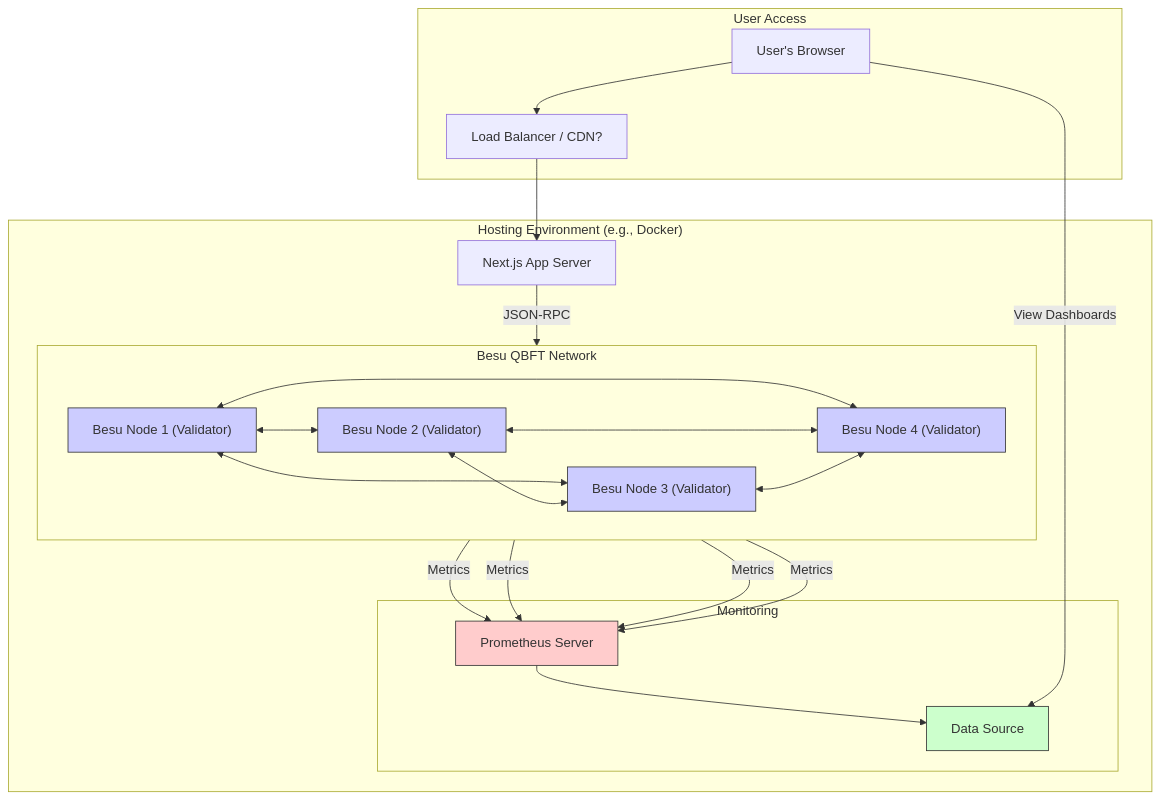
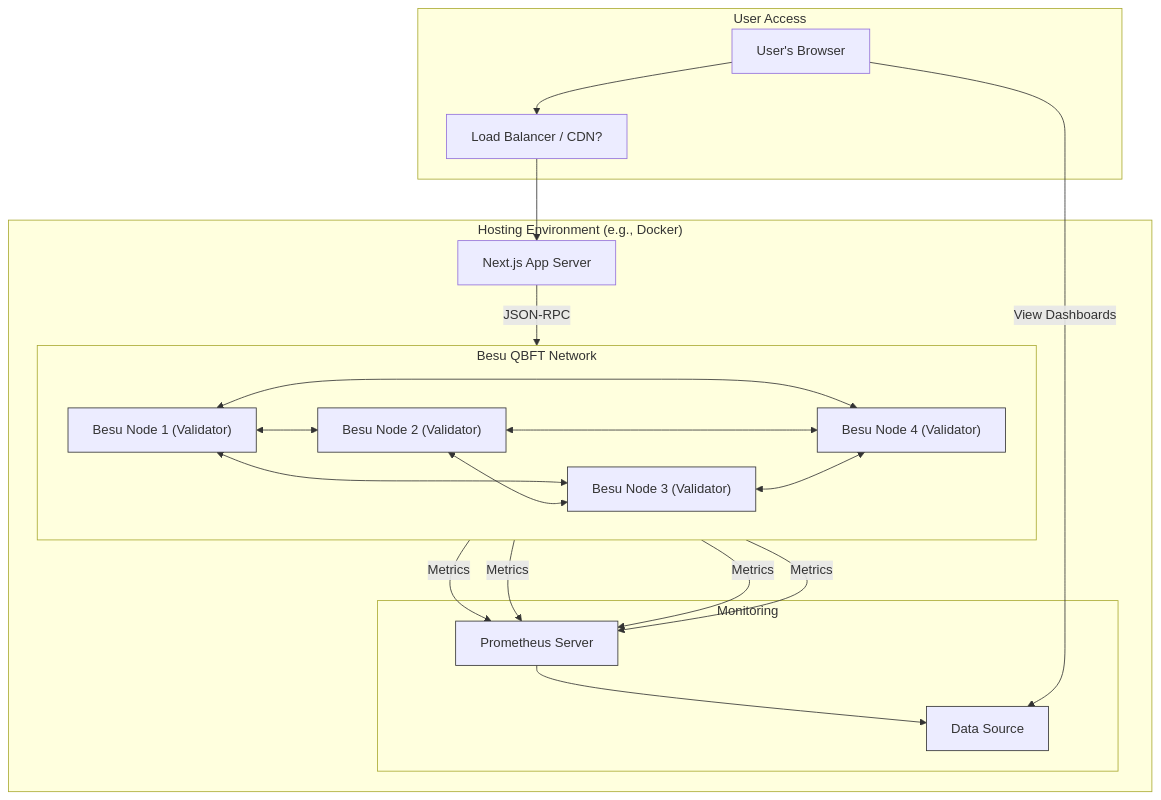
Before and after one commit to ItsRudraksh/healthcare-dapp: the sixth of 9 diagrams in README.md, drawn with Mermaid. The commit also changed other lines of this file, not shown here.

Commit message:
Refactor styles in README.md to use stroke properties instead of fill for node elements in diagrams

````diff
--- a/README.md
+++ b/README.md
@@ -293,45 +293,45 @@
 ```mermaid
 graph TD
     subgraph "User Access"
         User["User's Browser"] --> LB[Load Balancer / CDN?];
     end
 
     subgraph "Hosting Environment (e.g., Docker)"
         LB --> AppServer[Next.js App Server];
 
         subgraph "Besu QBFT Network"
             direction LR
             Node1["Besu Node 1 (Validator)"]
             Node2["Besu Node 2 (Validator)"]
             Node3["Besu Node 3 (Validator)"]
             Node4["Besu Node 4 (Validator)"]
             Node1 <--> Node2;
             Node1 <--> Node3;
             Node1 <--> Node4;
             Node2 <--> Node3;
             Node2 <--> Node4;
             Node3 <--> Node4;
         end
 
         subgraph "Monitoring"
             Prom[Prometheus Server]
             Graf[Grafana Server]
         end
 
         AppServer -- JSON-RPC --> Node1;
         Node1 -- Metrics --> Prom;
         Node2 -- Metrics --> Prom;
         Node3 -- Metrics --> Prom;
         Node4 -- Metrics --> Prom;
         Prom --> Graf[Data Source];
     end
 
     User -- View Dashboards --> Graf;
 
-    style Node1 fill:#ccf,stroke:#333
-    style Node2 fill:#ccf,stroke:#333
-    style Node3 fill:#ccf,stroke:#333
-    style Node4 fill:#ccf,stroke:#333
-    style Prom fill:#fcc,stroke:#333
-    style Graf fill:#cfc,stroke:#333
+    style Node1 stroke:#333
+    style Node2 stroke:#333
+    style Node3 stroke:#333
+    style Node4 stroke:#333
+    style Prom stroke:#333
+    style Graf stroke:#333
 ```
````
